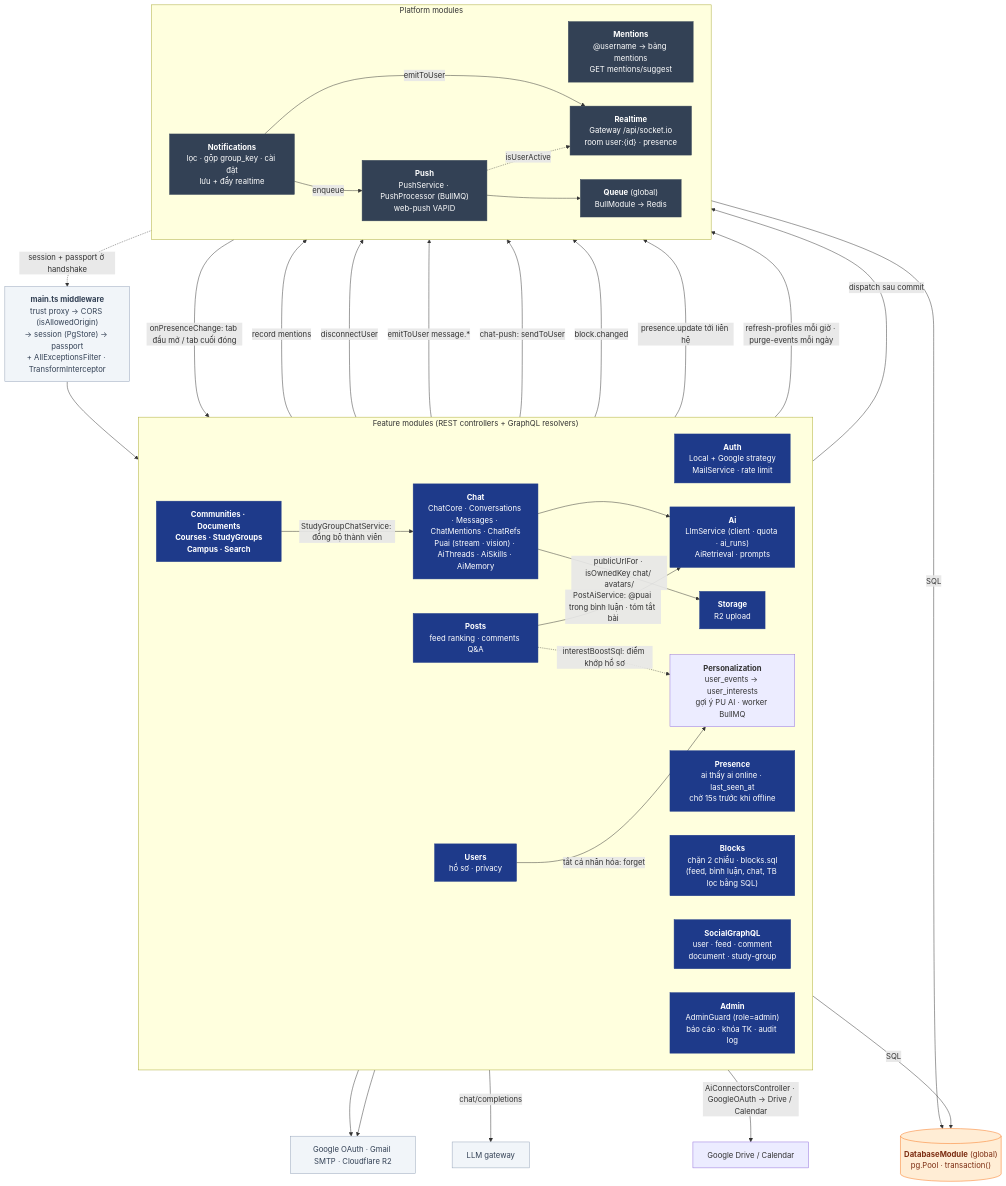
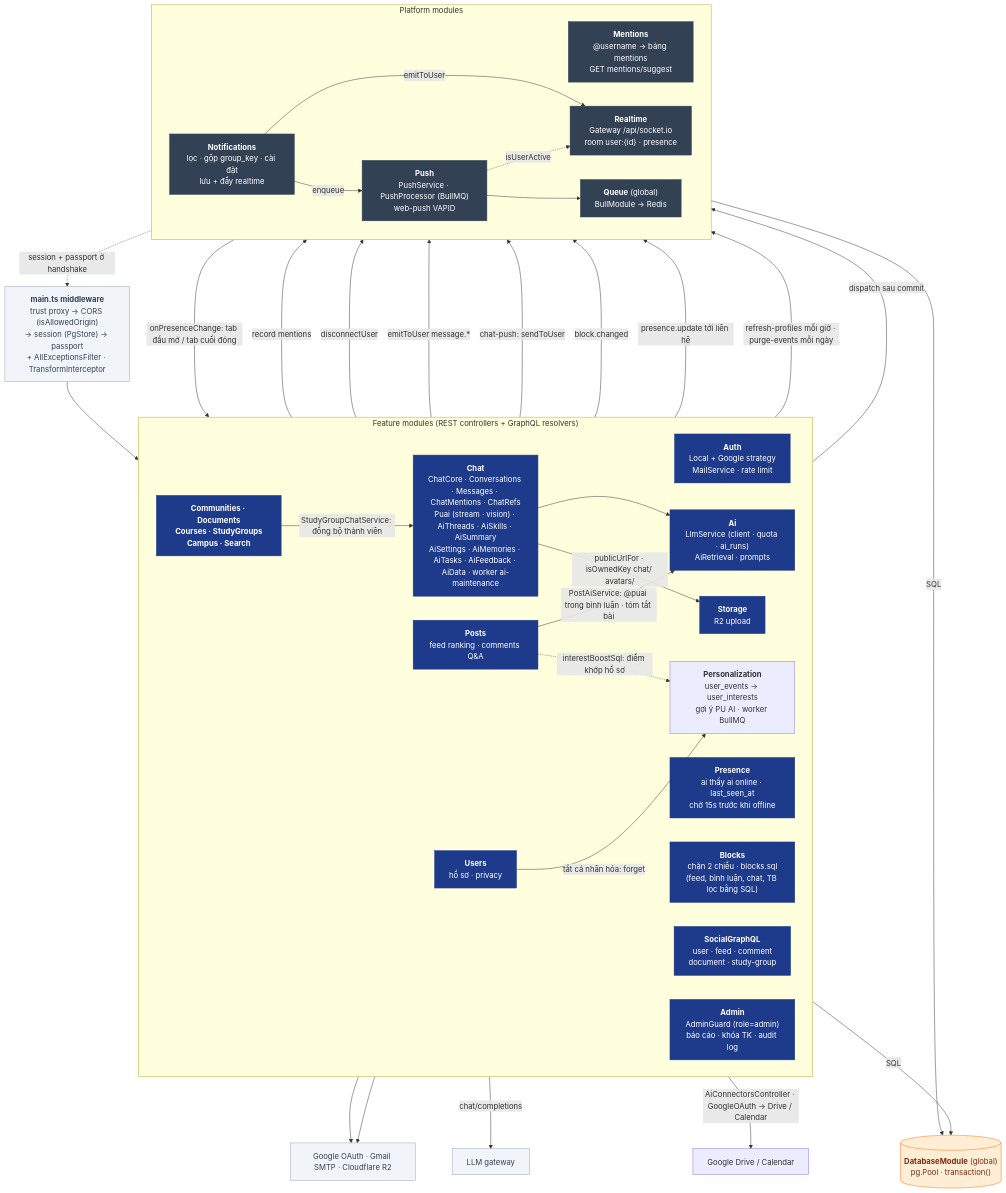
One commit to nhatcoi/pu-connect changed the diagram in docs/diagrams/03-api-components.md. Above: the diagram before and after it, drawn with Mermaid. The commit also changed other lines of this file and 7 other files, not shown here.

Commit message:
docs(ai): PU AI settings spec, FEAT, diagrams, ERD

````diff
--- a/docs/diagrams/03-api-components.md
+++ b/docs/diagrams/03-api-components.md
@@ -7,66 +7,66 @@
 ```mermaid
 flowchart TB
   mw["<b>main.ts middleware</b><br/>trust proxy → CORS (isAllowedOrigin)<br/>→ session (PgStore) → passport<br/>+ AllExceptionsFilter · TransformInterceptor"]
 
   subgraph Feature["Feature modules (REST controllers + GraphQL resolvers)"]
     direction LR
     auth["<b>Auth</b><br/>Local + Google strategy<br/>MailService · rate limit"]
     users["<b>Users</b><br/>hồ sơ · privacy"]
     presence["<b>Presence</b><br/>ai thấy ai online · last_seen_at<br/>chờ 15s trước khi offline"]
     blocks["<b>Blocks</b><br/>chặn 2 chiều · blocks.sql<br/>(feed, bình luận, chat, TB lọc bằng SQL)"]
     posts["<b>Posts</b><br/>feed ranking · comments Q&A"]
     gql["<b>SocialGraphQL</b><br/>user · feed · comment<br/>document · study-group"]
     others["<b>Communities · Documents<br/>Courses · StudyGroups<br/>Campus · Search</b>"]
     storage["<b>Storage</b><br/>R2 upload"]
     admin["<b>Admin</b><br/>AdminGuard (role=admin)<br/>báo cáo · khóa TK · audit log"]
-    chat["<b>Chat</b><br/>ChatCore · Conversations · Messages · ChatMentions · ChatRefs<br/>Puai (stream · vision) · AiThreads · AiSkills · AiMemory"]
+    chat["<b>Chat</b><br/>ChatCore · Conversations · Messages · ChatMentions · ChatRefs<br/>Puai (stream · vision) · AiThreads · AiSkills · AiSummary<br/>AiSettings · AiMemories · AiTasks · AiFeedback · AiData · worker ai-maintenance"]
     ai["<b>Ai</b><br/>LlmService (client · quota · ai_runs)<br/>AiRetrieval · prompts"]
     perso["<b>Personalization</b><br/>user_events → user_interests<br/>gợi ý PU AI · worker BullMQ"]
   end
 
   subgraph Platform["Platform modules"]
     direction LR
     mentions["<b>Mentions</b><br/>@username → bảng mentions<br/>GET mentions/suggest"]
     notif["<b>Notifications</b><br/>lọc · gộp group_key · cài đặt<br/>lưu + đẩy realtime"]
     rt["<b>Realtime</b><br/>Gateway /api/socket.io<br/>room user:{id} · presence"]
     push["<b>Push</b><br/>PushService · PushProcessor (BullMQ)<br/>web-push VAPID"]
     queue["<b>Queue</b> (global)<br/>BullModule → Redis"]
   end
 
   db[("<b>DatabaseModule</b> (global)<br/>pg.Pool · transaction()")]
   ext["Google OAuth · Gmail SMTP · Cloudflare R2"]
 
   mw --> Feature
   posts -->|record mentions| mentions
   Feature -->|dispatch sau commit| notif -->|emitToUser| rt
   notif -->|enqueue| push --> queue
   push -. isUserActive .-> rt
   rt -. session + passport ở handshake .-> mw
   Feature -->|SQL| db
   Platform -->|SQL| db
   auth & storage --> ext
   admin -->|disconnectUser| rt
   chat -->|emitToUser message.*| rt
   chat -->|chat-push: sendToUser| push
   chat --> ai
   posts -->|PostAiService: @puai trong bình luận · tóm tắt bài| ai
   ai -->|chat/completions| llm["LLM gateway"]
   ai -->|AiConnectorsController · GoogleOAuth → Drive / Calendar| gdrive["Google Drive / Calendar"]
   chat -->|publicUrlFor · isOwnedKey chat/ avatars/| storage
   others -->|StudyGroupChatService: đồng bộ thành viên| chat
   blocks -->|block.changed| rt
   rt -->|onPresenceChange: tab đầu mở / tab cuối đóng| presence
   presence -->|presence.update tới liên hệ| rt
   users -->|tắt cá nhân hóa: forget| perso
   perso -->|refresh-profiles mỗi giờ · purge-events mỗi ngày| queue
   posts -. interestBoostSql: điểm khớp hồ sơ .-> perso
 
   classDef mod fill:#1e3a8a,stroke:#1e3a8a,color:#fff
   classDef plat fill:#334155,stroke:#334155,color:#fff
   classDef store fill:#ffedd5,stroke:#f97316,color:#7c2d12
   classDef external fill:#f1f5f9,stroke:#94a3b8,color:#334155
   class auth,users,blocks,presence,ai,posts,communities,others,storage,gql,admin,chat mod
   class mentions,notif,rt,push,queue plat
   class db store
   class ext,mw,llm external
 ```
````
